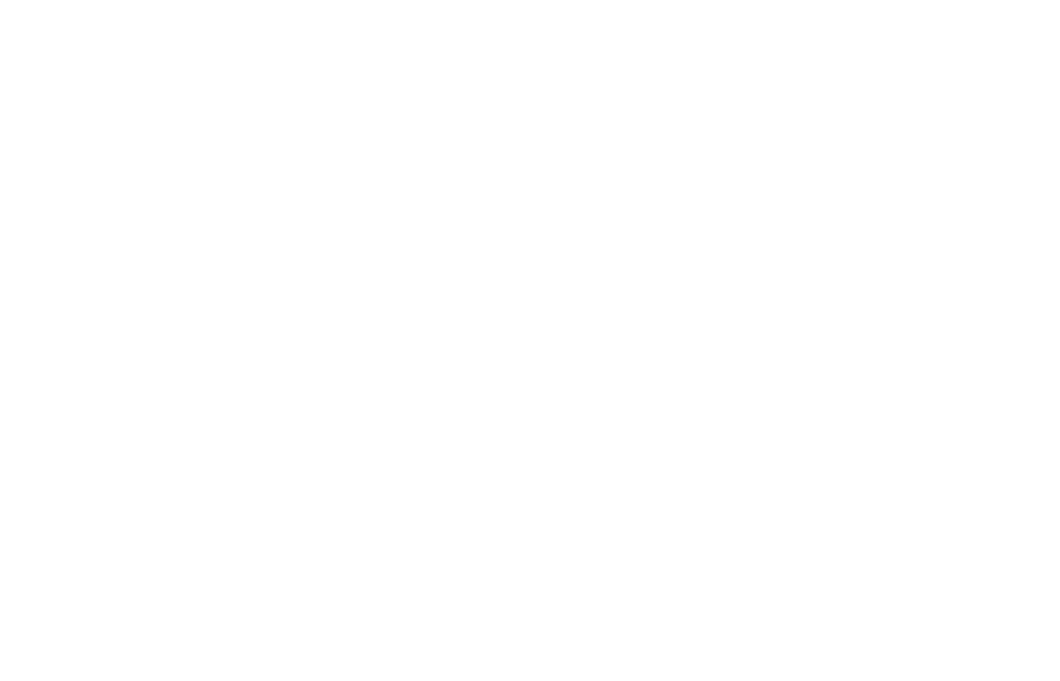
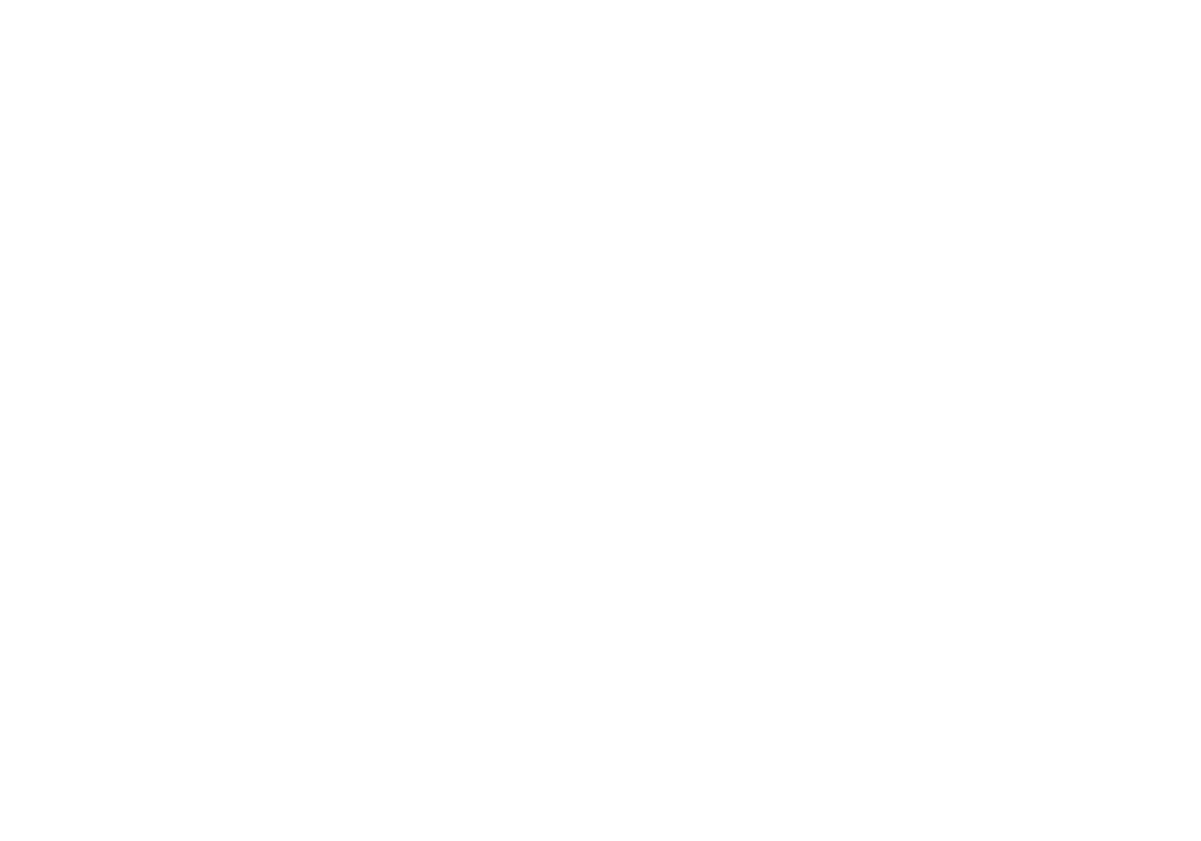
One commit to dodokek/Tree-Structure-Akinator changed the diagram in data/graph.dot. Above: the diagram before and after it, drawn with Graphviz. The commit also changed 4 other files, not shown here.

```diff
--- a/data/graph.dot
+++ b/data/graph.dot
@@ -1,73 +1,85 @@
 
     digraph g {
         dpi      = 200;
         fontname = "Comic Sans MS";
         fontsize = 20;
         rankdir   =  TB;
         edge [color = darkgrey, arrowhead = onormal, arrowsize = 1, penwidth = 1.2]
         graph[fillcolor = lightgreen, ranksep = 1.3, nodesep = 0.5,
         style = "rounded, filled",color = green, penwidth = 2]
 
-    Node000002836fb11580[shape=rectangle, color="red", width=0.2, style="filled",fillcolor="lightblue", label="Animal"] 
+    Node00000290369e2990[shape=rectangle, color="red", width=0.2, style="filled",fillcolor="lightblue", label="Animal"] 
  
-Node000002836fb11620[shape=rectangle, color="red", width=0.2, style="filled",fillcolor="lightblue", label="SucksDick"] 
+Node00000290369e3f80[shape=rectangle, color="red", width=0.2, style="filled",fillcolor="lightblue", label="SucksDick"] 
  
-Node000002836fb116c0[shape=rectangle, color="red", width=0.2, style="filled",fillcolor="lightblue", label="StudyInMAI"] 
+Node00000290369e3940[shape=rectangle, color="red", width=0.2, style="filled",fillcolor="lightblue", label="StudyInMAI"] 
  
-Node000002836fb11760[shape=rectangle, color="red", width=0.2, style="filled",fillcolor="lightblue", label="FiveInchDick"] 
+Node00000290369e3970[shape=rectangle, color="red", width=0.2, style="filled",fillcolor="lightblue", label="FiveInchDick"] 
  
-Node000002836fb11800[shape=rectangle, color="red", width=0.2, style="filled",fillcolor="lightblue", label="MishkFreddie"] 
+Node0000029034fd7b10[shape=rectangle, color="red", width=0.2, style="filled",fillcolor="lightblue", label="MishkFreddie"] 
  
-Node000002836fb118a0[shape=rectangle, color="red", width=0.2, style="filled",fillcolor="lightblue", label="Dolbaeb"] 
+Node0000029034fd7bb0[shape=rectangle, color="red", width=0.2, style="filled",fillcolor="lightblue", label="Dolbaeb"] 
  
-Node000002836fb11940[shape=rectangle, color="red", width=0.2, style="filled",fillcolor="lightblue", label="Cool"] 
+Node0000029034fd7c50[shape=rectangle, color="red", width=0.2, style="filled",fillcolor="lightblue", label="Cool"] 
  
-Node000002836fb119e0[shape=rectangle, color="red", width=0.2, style="filled",fillcolor="lightblue", label="Zhenya"] 
+Node0000029034fd7cf0[shape=rectangle, color="red", width=0.2, style="filled",fillcolor="lightblue", label="SuperPerec"] 
  
-Node000002836fb11a80[shape=rectangle, color="red", width=0.2, style="filled",fillcolor="lightblue", label="Sanya"] 
+Node0000029034fd7d90[shape=rectangle, color="red", width=0.2, style="filled",fillcolor="lightblue", label="Vlados"] 
  
-Node000002836fb11b20[shape=rectangle, color="red", width=0.2, style="filled",fillcolor="lightblue", label="Govnovoder"] 
+Node0000029034fd7e30[shape=rectangle, color="red", width=0.2, style="filled",fillcolor="lightblue", label="Zhenya"] 
  
-Node000002836fb11bc0[shape=rectangle, color="red", width=0.2, style="filled",fillcolor="lightblue", label="lox"] 
+Node0000029036a10e40[shape=rectangle, color="red", width=0.2, style="filled",fillcolor="lightblue", label="SucksAlotofdiscks"] 
  
-Node000002836fb11c60[shape=rectangle, color="red", width=0.2, style="filled",fillcolor="lightblue", label="ya"] 
+Node0000029036a10cc0[shape=rectangle, color="red", width=0.2, style="filled",fillcolor="lightblue", label="AverageMireaStudent"] 
  
-Node000002836fb11d00[shape=rectangle, color="red", width=0.2, style="filled",fillcolor="lightblue", label="Krestena"] 
+Node0000029034fd7ed0[shape=rectangle, color="red", width=0.2, style="filled",fillcolor="lightblue", label="Sanya"] 
  
-Node000002836fb171a0[shape=rectangle, color="red", width=0.2, style="filled",fillcolor="lightblue", label="Arcadiy"] 
+Node0000029034fd7f70[shape=rectangle, color="red", width=0.2, style="filled",fillcolor="lightblue", label="Govnovoder"] 
  
-Node000002836fb17440[shape=rectangle, color="red", width=0.2, style="filled",fillcolor="lightblue", label="CumsAlot"] 
+Node0000029034fd8010[shape=rectangle, color="red", width=0.2, style="filled",fillcolor="lightblue", label="lox"] 
  
-Node000002836fb17380[shape=rectangle, color="red", width=0.2, style="filled",fillcolor="lightblue", label="Vitalik"] 
+Node0000029034fd8430[shape=rectangle, color="red", width=0.2, style="filled",fillcolor="lightblue", label="ya"] 
  
-Node000002836fb173e0[shape=rectangle, color="red", width=0.2, style="filled",fillcolor="lightblue", label="Coder"] 
+Node0000029034fd8340[shape=rectangle, color="red", width=0.2, style="filled",fillcolor="lightblue", label="Krestena"] 
  
-Node000002836fb17410[shape=rectangle, color="red", width=0.2, style="filled",fillcolor="lightblue", label="Roma"] 
+Node0000029034fd8400[shape=rectangle, color="red", width=0.2, style="filled",fillcolor="lightblue", label="Arcadiy"] 
  
-Node000002836fb172c0[shape=rectangle, color="red", width=0.2, style="filled",fillcolor="lightblue", label="Joe"] 
+Node0000029034fd8280[shape=rectangle, color="red", width=0.2, style="filled",fillcolor="lightblue", label="CumsAlot"] 
  
-Node000002836fb172f0[shape=rectangle, color="red", width=0.2, style="filled",fillcolor="lightblue", label="Obama"] 
+Node0000029034fd8100[shape=rectangle, color="red", width=0.2, style="filled",fillcolor="lightblue", label="Vitalik"] 
  
-Node000002836fb17470[shape=rectangle, color="red", width=0.2, style="filled",fillcolor="lightblue", label="Sashka"] 
+Node0000029034fd8460[shape=rectangle, color="red", width=0.2, style="filled",fillcolor="lightblue", label="Coder"] 
  
-Node000002836fb11580->Node000002836fb11620
-Node000002836fb11620->Node000002836fb116c0
-Node000002836fb116c0->Node000002836fb11760
-Node000002836fb11760->Node000002836fb11800
-Node000002836fb11760->Node000002836fb118a0
-Node000002836fb116c0->Node000002836fb11940
-Node000002836fb11940->Node000002836fb119e0
-Node000002836fb11940->Node000002836fb11a80
-Node000002836fb11620->Node000002836fb11b20
-Node000002836fb11b20->Node000002836fb11bc0
-Node000002836fb11bc0->Node000002836fb11c60
-Node000002836fb11bc0->Node000002836fb11d00
-Node000002836fb11b20->Node000002836fb171a0
-Node000002836fb11580->Node000002836fb17440
-Node000002836fb17440->Node000002836fb17380
-Node000002836fb17440->Node000002836fb173e0
-Node000002836fb173e0->Node000002836fb17410
-Node000002836fb173e0->Node000002836fb172c0
-Node000002836fb172c0->Node000002836fb172f0
-Node000002836fb172c0->Node000002836fb17470
+Node0000029034fd81c0[shape=rectangle, color="red", width=0.2, style="filled",fillcolor="lightblue", label="Roma"] 
+ 
+Node0000029034fd8370[shape=rectangle, color="red", width=0.2, style="filled",fillcolor="lightblue", label="Joe"] 
+ 
+Node0000029034fd83d0[shape=rectangle, color="red", width=0.2, style="filled",fillcolor="lightblue", label="Obama"] 
+ 
+Node0000029034fd81f0[shape=rectangle, color="red", width=0.2, style="filled",fillcolor="lightblue", label="Sashka"] 
+ 
+Node00000290369e2990->Node00000290369e3f80
+Node00000290369e3f80->Node00000290369e3940
+Node00000290369e3940->Node00000290369e3970
+Node00000290369e3970->Node0000029034fd7b10
+Node00000290369e3970->Node0000029034fd7bb0
+Node00000290369e3940->Node0000029034fd7c50
+Node0000029034fd7c50->Node0000029034fd7cf0
+Node0000029034fd7cf0->Node0000029034fd7d90
+Node0000029034fd7cf0->Node0000029034fd7e30
+Node0000029034fd7c50->Node0000029036a10e40
+Node0000029036a10e40->Node0000029036a10cc0
+Node0000029036a10e40->Node0000029034fd7ed0
+Node00000290369e3f80->Node0000029034fd7f70
+Node0000029034fd7f70->Node0000029034fd8010
+Node0000029034fd8010->Node0000029034fd8430
+Node0000029034fd8010->Node0000029034fd8340
+Node0000029034fd7f70->Node0000029034fd8400
+Node00000290369e2990->Node0000029034fd8280
+Node0000029034fd8280->Node0000029034fd8100
+Node0000029034fd8280->Node0000029034fd8460
+Node0000029034fd8460->Node0000029034fd81c0
+Node0000029034fd8460->Node0000029034fd8370
+Node0000029034fd8370->Node0000029034fd83d0
+Node0000029034fd8370->Node0000029034fd81f0
 }
```
